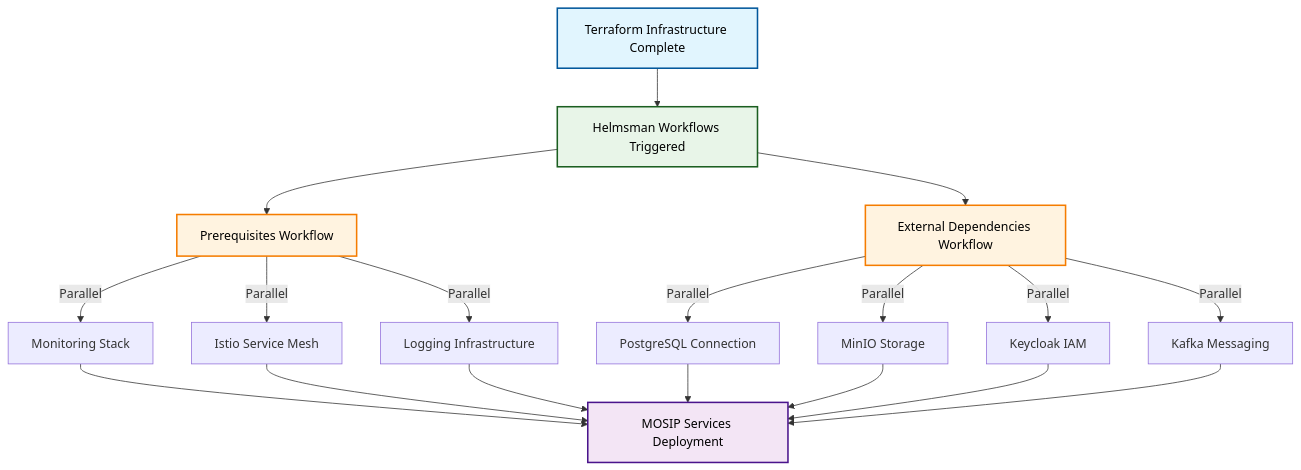
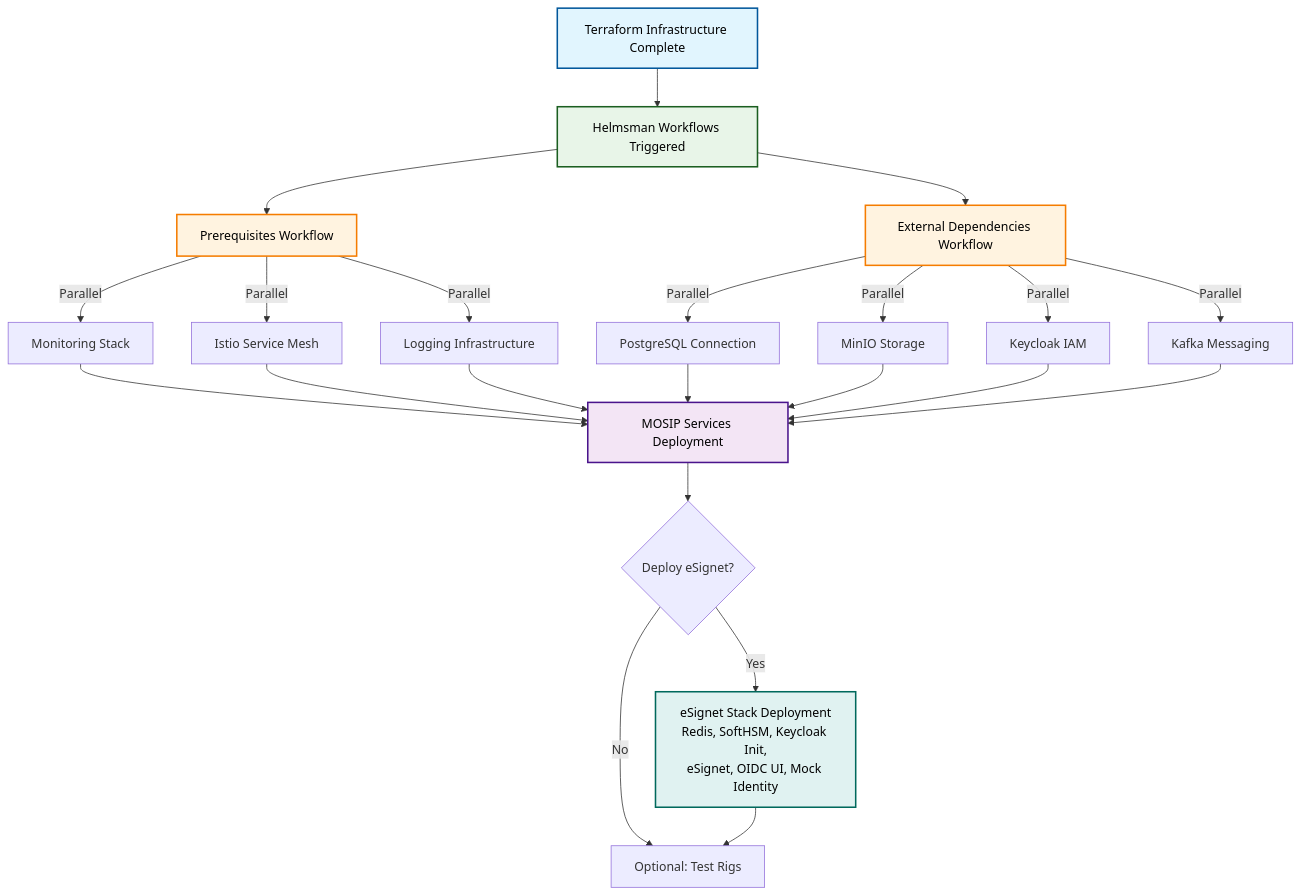
The fourth of 4 diagrams in .github/workflows/README.md (mosip/infra), drawn with Mermaid before and after one commit. The commit also changed other lines of this file and 3 other files, not shown here.

Commit message:
docs: add eSignet DSF to deployment flow diagrams in 1.2.0.3 release notes

````diff
--- a/.github/workflows/README.md
+++ b/.github/workflows/README.md
@@ -412,30 +420,36 @@
 ```mermaid
 graph TD
  A[Terraform Infrastructure Complete] --> B[Helmsman Workflows Triggered]
  
  B --> C[Prerequisites Workflow]
  B --> D[External Dependencies Workflow]
  
  C -->|Parallel| E[Monitoring Stack]
  C -->|Parallel| F[Istio Service Mesh]
  C -->|Parallel| G[Logging Infrastructure]
  
  D -->|Parallel| H[PostgreSQL Connection]
  D -->|Parallel| I[MinIO Storage]
  D -->|Parallel| J[Keycloak IAM]
  D -->|Parallel| K[Kafka Messaging]
  
  E --> L[MOSIP Services Deployment]
  F --> L
  G --> L
  H --> L
  I --> L
  J --> L
  K --> L
  
+ L --> M{Deploy eSignet?}
+ M -->|Yes| N[eSignet Stack Deployment<br/>Redis, SoftHSM, Keycloak Init,<br/>eSignet, OIDC UI, Mock Identity]
+ M -->|No| O[Optional: Test Rigs]
+ N --> O
+ 
  style A fill:#e1f5fe,stroke:#01579b,stroke-width:2px,color:#000000
  style B fill:#e8f5e8,stroke:#1b5e20,stroke-width:2px,color:#000000
  style C fill:#fff3e0,stroke:#f57c00,stroke-width:2px,color:#000000
  style D fill:#fff3e0,stroke:#f57c00,stroke-width:2px,color:#000000
  style L fill:#f3e5f5,stroke:#4a148c,stroke-width:2px,color:#000000
+ style N fill:#e0f2f1,stroke:#00695c,stroke-width:2px,color:#000000
 ```
````
